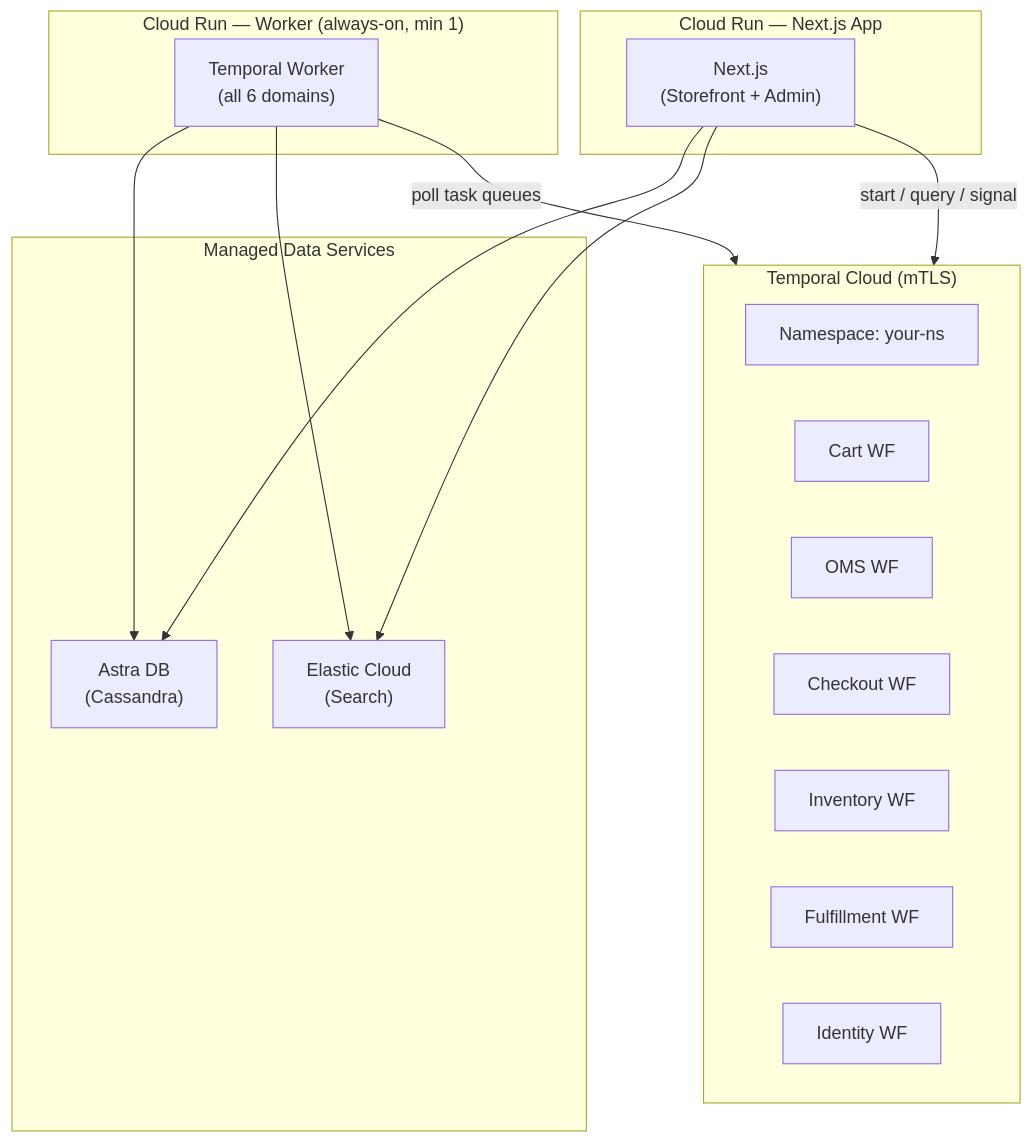
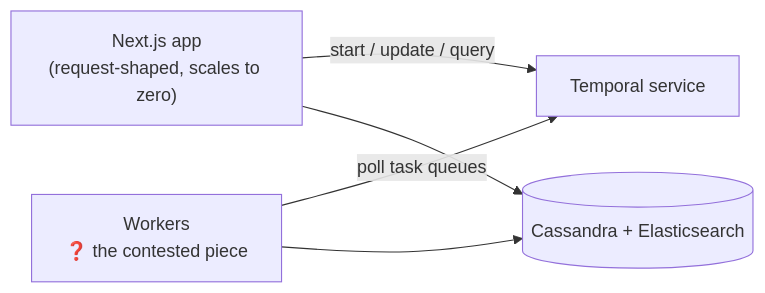
One commit to night-heron-software/temporal-commerce-demo changed the diagram in docs/cloud-deployment.md. Above: the diagram before and after it, drawn with Mermaid. The commit also changed other lines of this file and 16 other files, not shown here.

````diff
--- a/docs/cloud-deployment.md
+++ b/docs/cloud-deployment.md
@@ -9,32 +54,7 @@
 ```mermaid
-graph TB
-    subgraph CR_APP["Cloud Run — Next.js App"]
-        APP["Next.js<br/>(Storefront + Admin)"]
-    end
-
-    subgraph TC["Temporal Cloud (mTLS)"]
-        NS["Namespace: your-ns"]
-        CART["Cart WF"]
-        OMS["OMS WF"]
-        CHECKOUT["Checkout WF"]
-        INV["Inventory WF"]
-        FF["Fulfillment WF"]
-        ID["Identity WF"]
-    end
-
-    subgraph CR_WORKER["Cloud Run — Worker (always-on, min 1)"]
-        WORKER["Temporal Worker<br/>(all 6 domains)"]
-    end
-
-    subgraph DATA["Managed Data Services"]
-        ASTRA["Astra DB<br/>(Cassandra)"]
-        ELASTIC["Elastic Cloud<br/>(Search)"]
-    end
-
-    APP -- "start / query / signal" --> TC
-    WORKER -- "poll task queues" --> TC
-    WORKER --> ASTRA
-    WORKER --> ELASTIC
-    APP --> ASTRA
-    APP --> ELASTIC
+flowchart LR
+  APP["Next.js app<br/>(request-shaped, scales to zero)"] -- "start / update / query" --> T["Temporal service"]
+  W["Workers<br/>❓ the contested piece"] -- "poll task queues" --> T
+  W --> D[("Cassandra + Elasticsearch")]
+  APP --> D
 ```
````
